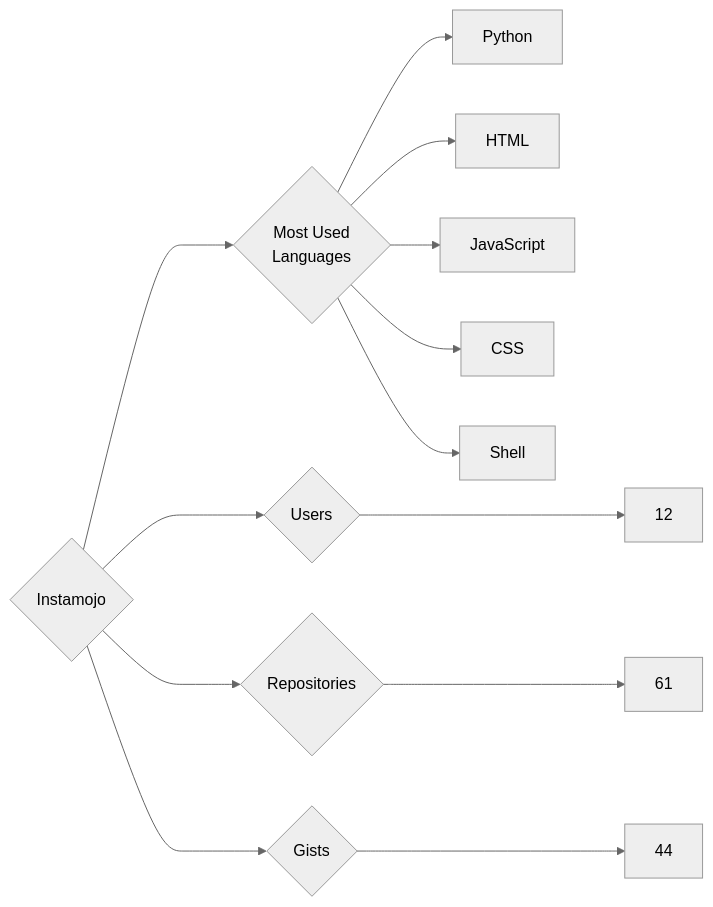
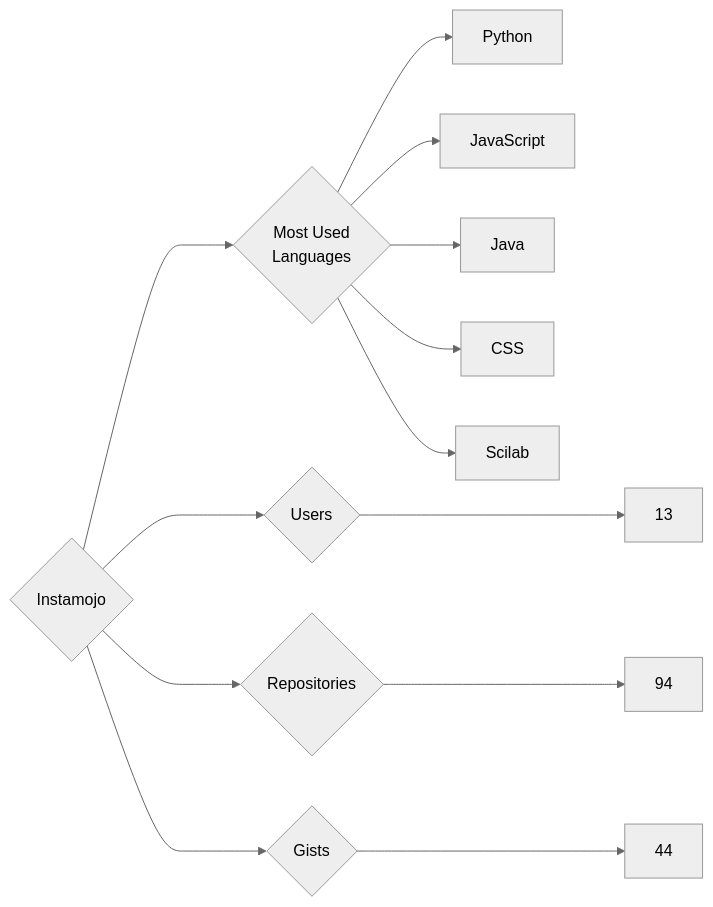
One commit to trickest/insiders changed the diagram in targets/Instamojo/README.md. Above: the diagram before and after it, drawn with Mermaid (neutral theme). The commit also changed 1030 other files, not shown here.

````diff
--- a/targets/Instamojo/README.md
+++ b/targets/Instamojo/README.md
@@ -3,13 +3,13 @@
 ```mermaid
 graph LR
 COMPANY_NAME{Instamojo}
-COMPANY_NAME ---> U{Users} ---> UN[12]
-COMPANY_NAME ---> R{Repositories} ---> RN[61]
+COMPANY_NAME ---> U{Users} ---> UN[13]
+COMPANY_NAME ---> R{Repositories} ---> RN[94]
 COMPANY_NAME ---> G{Gists} ---> GN[44]
 COMPANY_NAME ---> ML{Most Used<br>Languages}
 ML --> Python[Python]
-ML --> HTML[HTML]
 ML --> JavaScript[JavaScript]
+ML --> Java[Java]
 ML --> CSS[CSS]
-ML --> Shell[Shell]
+ML --> Scilab[Scilab]
 ```
````
